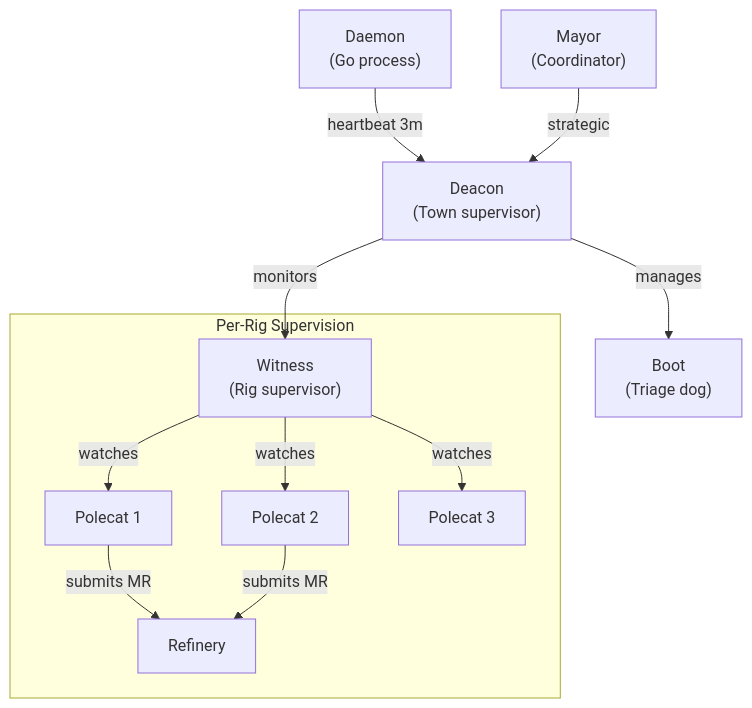
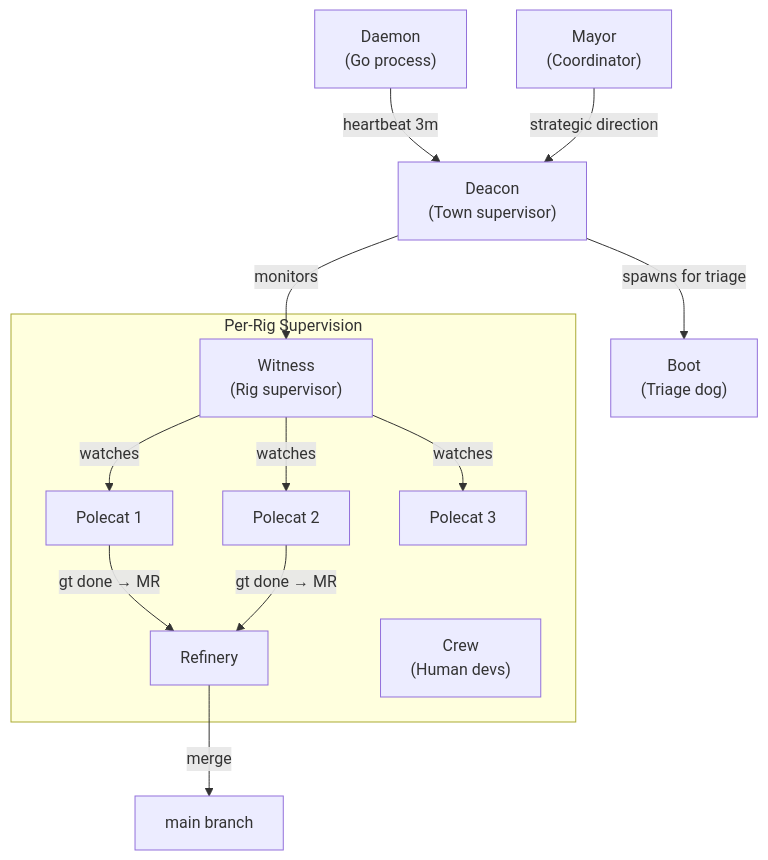
Before and after one commit to thanakijwanavit/gastown-docs: the diagram in docs/architecture/agent-hierarchy.md, drawn with Mermaid. The commit also changed other lines of this file and 4 other files, not shown here.

First line of the commit message:
docs: review and fix Architecture section accuracy

````diff
--- a/docs/architecture/agent-hierarchy.md
+++ b/docs/architecture/agent-hierarchy.md
@@ -13,26 +13,28 @@
 ```mermaid
 graph TD
     Daemon["Daemon<br/>(Go process)"]
     Deacon["Deacon<br/>(Town supervisor)"]
     Mayor["Mayor<br/>(Coordinator)"]
     Boot["Boot<br/>(Triage dog)"]
 
     Daemon -->|heartbeat 3m| Deacon
-    Mayor -->|strategic| Deacon
-    Deacon -->|manages| Boot
+    Mayor -->|strategic direction| Deacon
+    Deacon -->|spawns for triage| Boot
 
     subgraph "Per-Rig Supervision"
         Witness["Witness<br/>(Rig supervisor)"]
         Refinery["Refinery"]
         P1["Polecat 1"]
         P2["Polecat 2"]
         P3["Polecat 3"]
+        Crew["Crew<br/>(Human devs)"]
     end
 
     Deacon -->|monitors| Witness
     Witness -->|watches| P1
     Witness -->|watches| P2
     Witness -->|watches| P3
-    P1 -->|submits MR| Refinery
-    P2 -->|submits MR| Refinery
+    P1 -->|gt done → MR| Refinery
+    P2 -->|gt done → MR| Refinery
+    Refinery -->|merge| Main[main branch]
 ```
````
